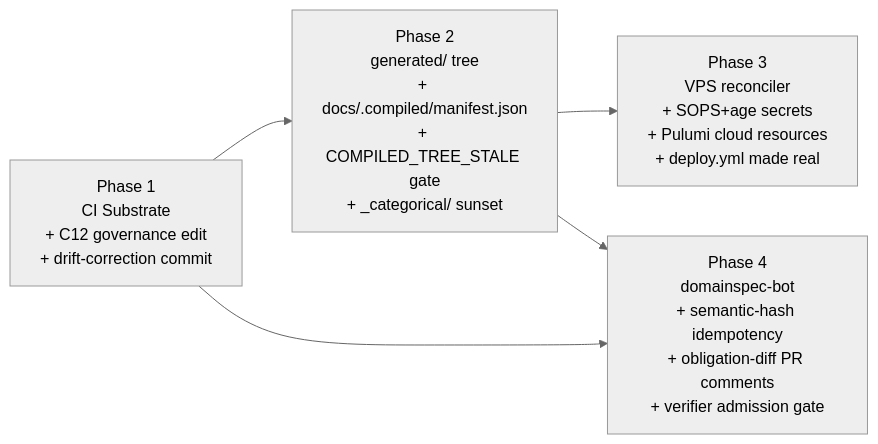
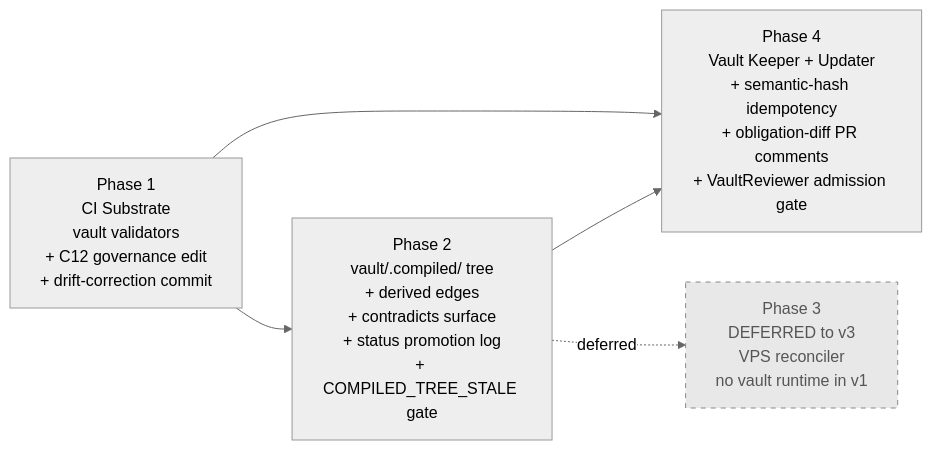
Before and after one commit to cyberAlchemyAI/domainspec: the second of 2 diagrams in docs/features/gitops-assessment/SPEC.md, drawn with Mermaid (neutral theme). The commit also changed other lines of this file and 20 other files, not shown here.

````diff
--- a/docs/features/gitops-assessment/SPEC.md
+++ b/docs/features/gitops-assessment/SPEC.md
@@ -157,12 +189,14 @@
 ```mermaid
 graph LR
-    P1[Phase 1<br/>CI Substrate<br/>+ C12 governance edit<br/>+ drift-correction commit]
-    P2[Phase 2<br/>generated/ tree<br/>+ docs/.compiled/manifest.json<br/>+ COMPILED_TREE_STALE gate<br/>+ _categorical/ sunset]
-    P3[Phase 3<br/>VPS reconciler<br/>+ SOPS+age secrets<br/>+ Pulumi cloud resources<br/>+ deploy.yml made real]
-    P4[Phase 4<br/>domainspec-bot<br/>+ semantic-hash idempotency<br/>+ obligation-diff PR comments<br/>+ verifier admission gate]
+    P1[Phase 1<br/>CI Substrate<br/>vault validators<br/>+ C12 governance edit<br/>+ drift-correction commit]
+    P2[Phase 2<br/>vault/.compiled/ tree<br/>+ derived edges<br/>+ contradicts surface<br/>+ status promotion log<br/>+ COMPILED_TREE_STALE gate]
+    P3[Phase 3<br/>DEFERRED to v3<br/>VPS reconciler<br/>no vault runtime in v1]:::deferred
+    P4[Phase 4<br/>Vault Keeper + Updater<br/>+ semantic-hash idempotency<br/>+ obligation-diff PR comments<br/>+ VaultReviewer admission gate]
 
     P1 --> P2
-    P2 --> P3
     P1 --> P4
     P2 --> P4
+    P2 -.->|deferred| P3
+
+    classDef deferred fill:#e8e8e8,stroke:#888,color:#555,stroke-dasharray: 5 5;
 ```
````
